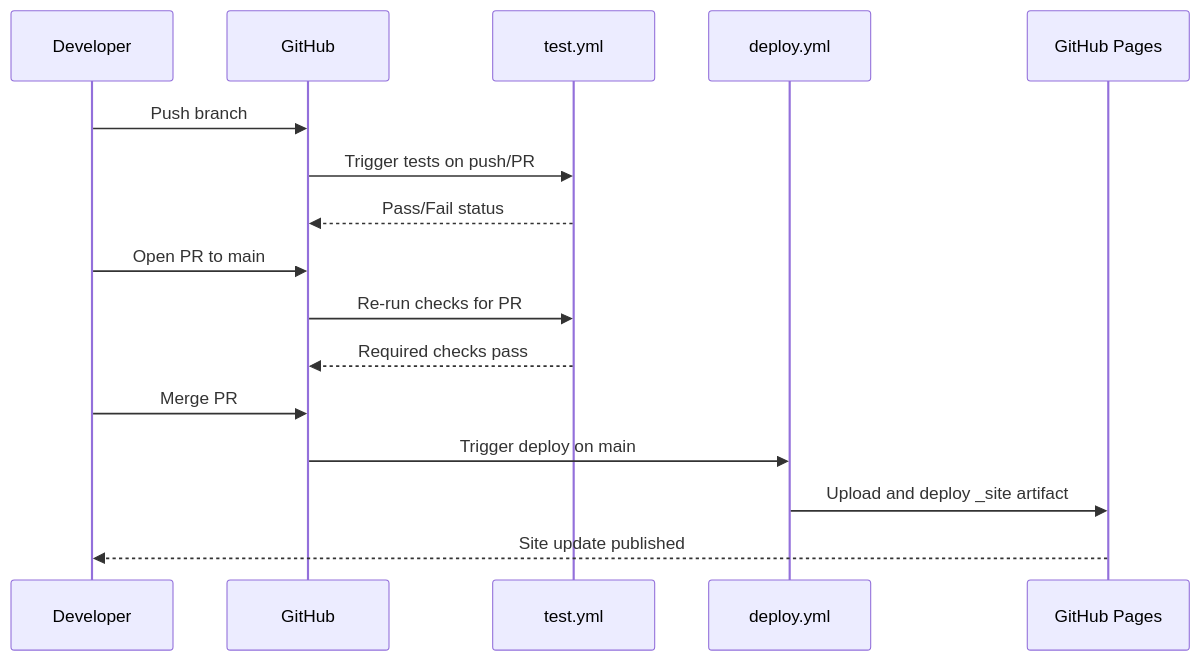
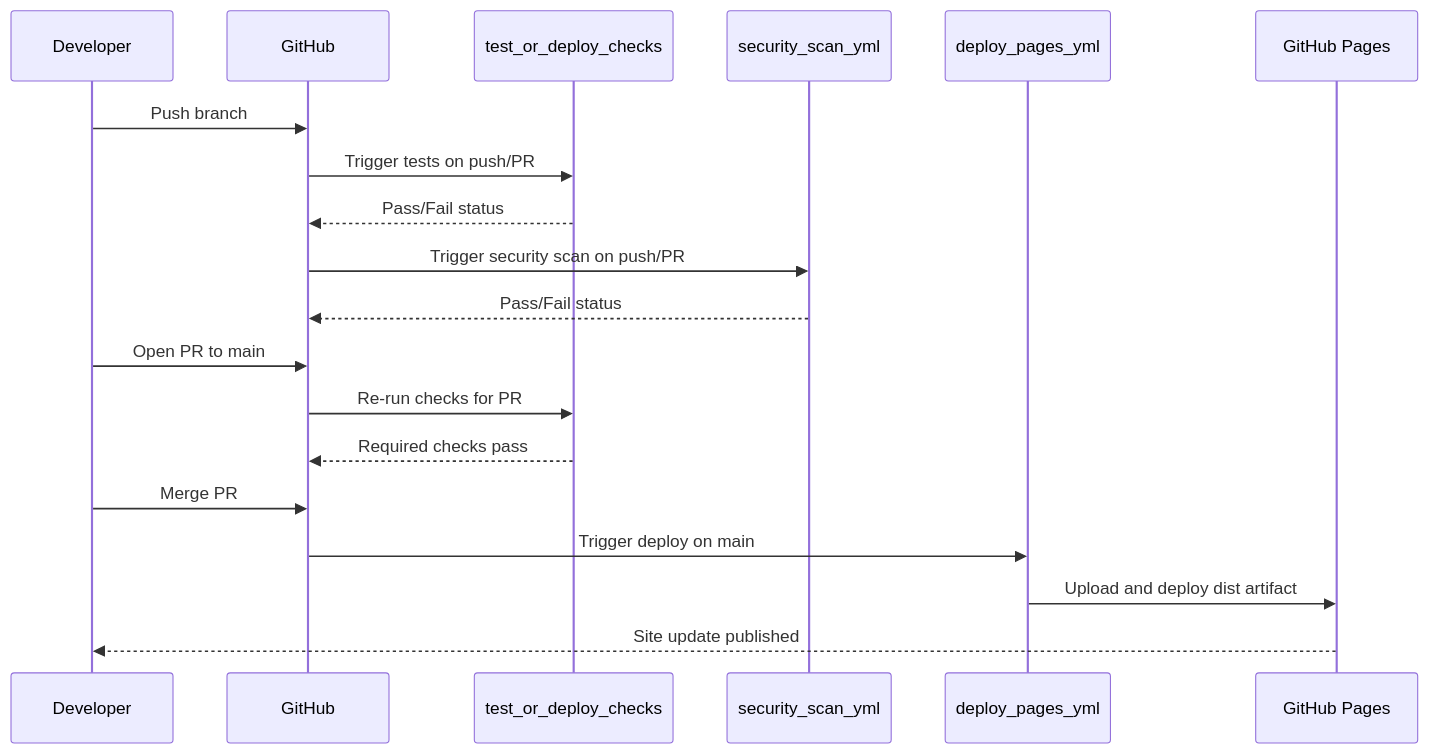
The third of 5 diagrams in DEPLOY_TO_GITHUB_MERMAID.md (fingerfly/hlm), drawn with Mermaid before and after one commit. The commit also changed other lines of this file and 68 other files, not shown here.

````diff
--- a/DEPLOY_TO_GITHUB_MERMAID.md
+++ b/DEPLOY_TO_GITHUB_MERMAID.md
@@ -45,19 +48,22 @@
 ```mermaid
 sequenceDiagram
   participant Dev as Developer
   participant GH as GitHub
-  participant CI as test.yml
-  participant CD as deploy.yml
+  participant CI as test_or_deploy_checks
+  participant Sec as security_scan_yml
+  participant CD as deploy_pages_yml
   participant Pages as GitHub Pages
 
   Dev->>GH: Push branch
   GH->>CI: Trigger tests on push/PR
   CI-->>GH: Pass/Fail status
+  GH->>Sec: Trigger security scan on push/PR
+  Sec-->>GH: Pass/Fail status
   Dev->>GH: Open PR to main
   GH->>CI: Re-run checks for PR
   CI-->>GH: Required checks pass
   Dev->>GH: Merge PR
   GH->>CD: Trigger deploy on main
-  CD->>Pages: Upload and deploy _site artifact
+  CD->>Pages: Upload and deploy dist artifact
   Pages-->>Dev: Site update published
 ```
````
